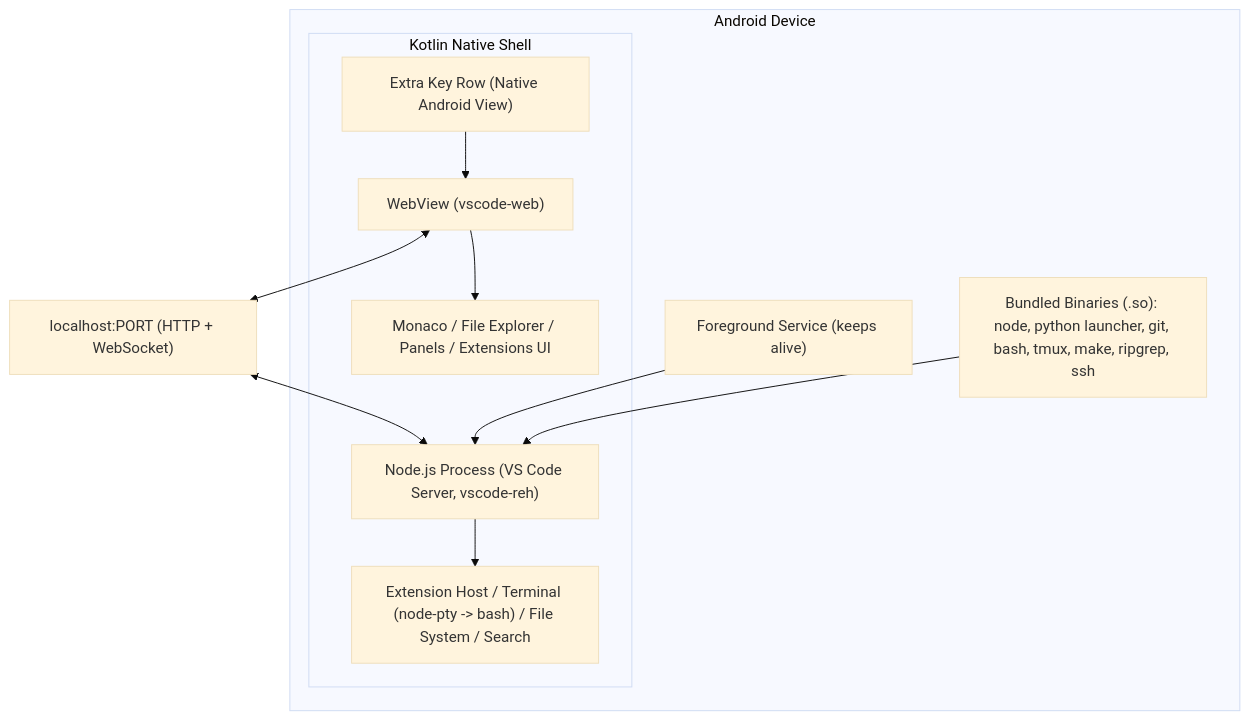
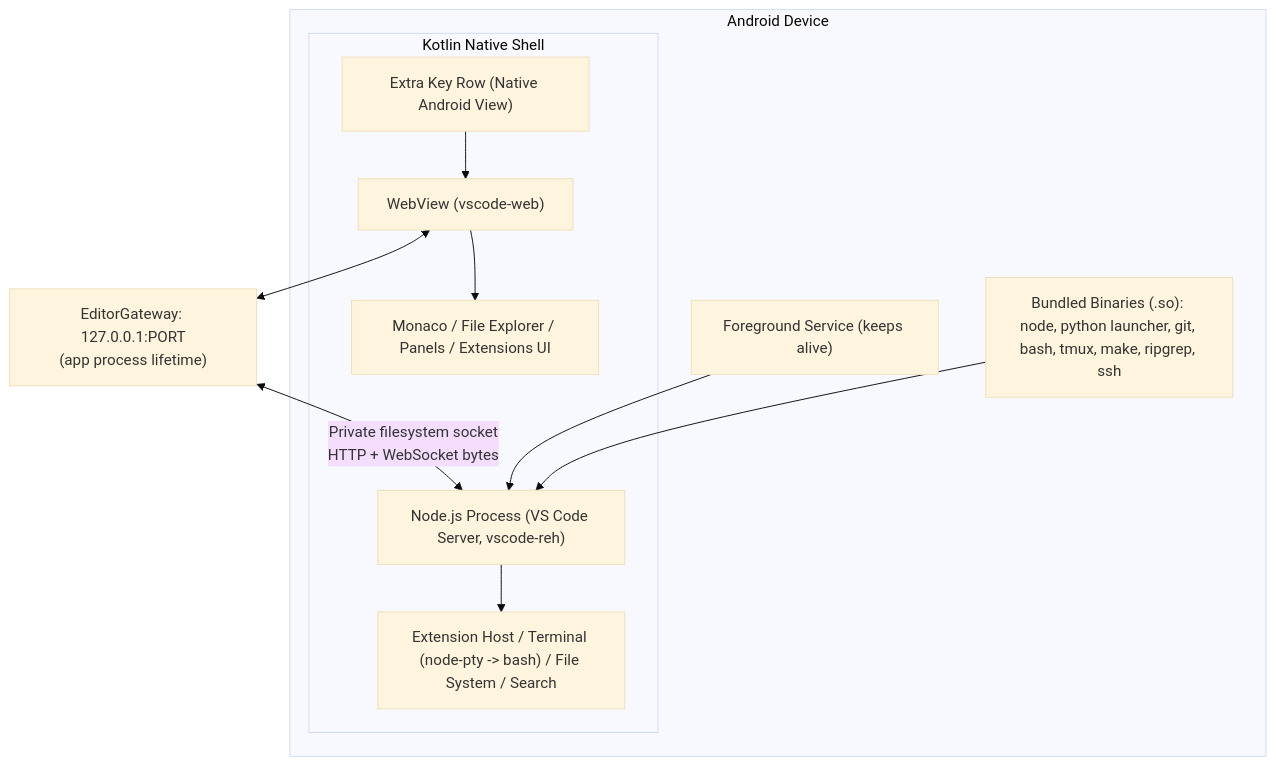
The first of 12 diagrams in docs/03-ARCHITECTURE.md (rmyndharis/VSCodroid), drawn with Mermaid (base theme) before and after one commit. The commit also changed other lines of this file and 221 other files, not shown here.

````diff
--- a/docs/03-ARCHITECTURE.md
+++ b/docs/03-ARCHITECTURE.md
@@ -22,22 +22,22 @@
 ```mermaid
 flowchart TD
   subgraph DEVICE["Android Device"]
     subgraph SHELL["Kotlin Native Shell"]
       WV["WebView (vscode-web)"]
       UI["Monaco / File Explorer / Panels / Extensions UI"]
       NODE["Node.js Process (VS Code Server, vscode-reh)"]
       SRV["Extension Host / Terminal (node-pty -> bash) / File System / Search"]
       EXTRA["Extra Key Row (Native Android View)"]
       WV --> UI
       NODE --> SRV
       EXTRA --> WV
     end
     FG["Foreground Service (keeps alive)"]
     BIN["Bundled Binaries (.so): node, python launcher, git, bash, tmux, make, ripgrep, ssh"]
   end
 
-  WV <--> LOCAL["localhost:PORT (HTTP + WebSocket)"]
-  LOCAL <--> NODE
+  WV <--> LOCAL["EditorGateway: 127.0.0.1:PORT<br/>(app process lifetime)"]
+  LOCAL <-->|"Private filesystem socket<br/>HTTP + WebSocket bytes"| NODE
   FG --> NODE
   BIN --> NODE
 ```
````
